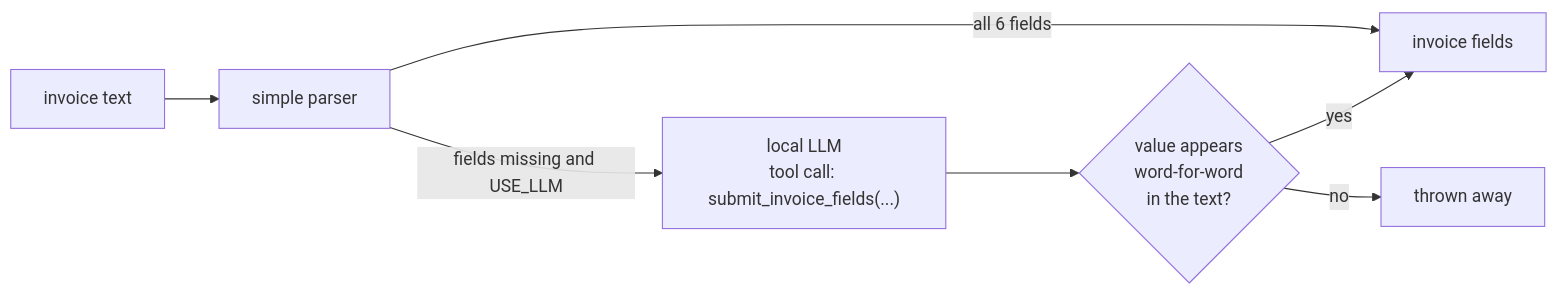
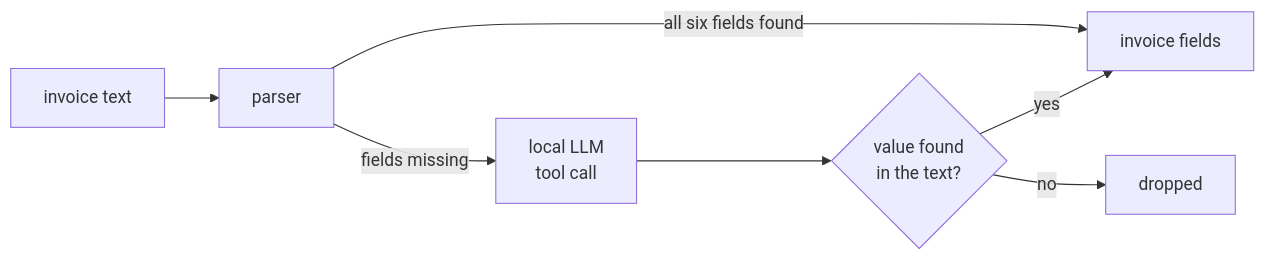
One commit to PreeyasTumulu/Vendor_Payment_Guard changed the fourth of 4 diagrams in README.md. Above: the diagram before and after it, drawn with Mermaid. The commit also changed other lines of this file, not shown here.

````diff
--- a/README.md
+++ b/README.md
@@ -148,9 +140,9 @@
 ```mermaid
 flowchart LR
-    T[invoice text] --> P[simple parser]
-    P -->|"all 6 fields"| OUT[invoice fields]
-    P -->|"fields missing and USE_LLM"| L["local LLM<br/>tool call: submit_invoice_fields(...)"]
-    L --> V{"value appears<br/>word-for-word<br/>in the text?"}
+    T[invoice text] --> P[parser]
+    P -->|"all six fields found"| OUT[invoice fields]
+    P -->|"fields missing"| L["local LLM<br/>tool call"]
+    L --> V{"value found<br/>in the text?"}
     V -->|yes| OUT
-    V -->|no| X[thrown away]
+    V -->|no| X[dropped]
 ```
````
